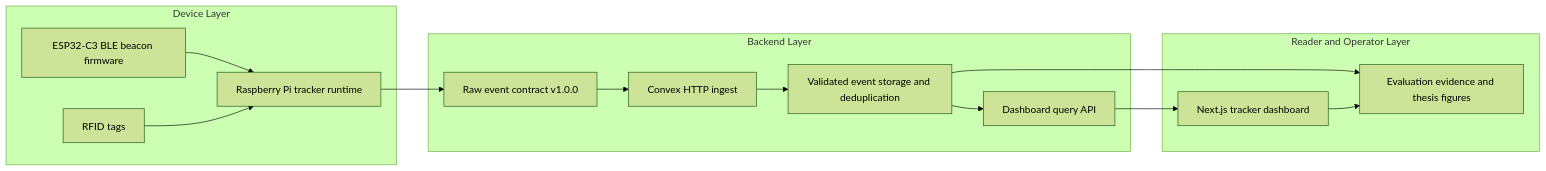
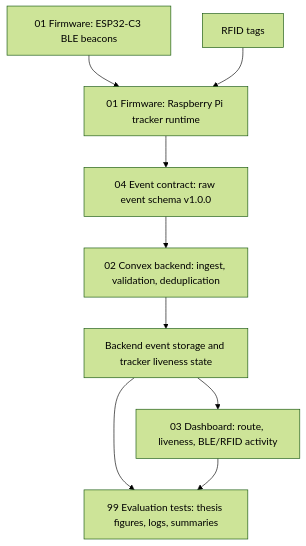
The diagram in README.md (louis-co/parcel-visibility-prototype), drawn with Mermaid (forest theme) before and after one commit.

Commit message:
make readme system overview vertical

````diff
--- a/README.md
+++ b/README.md
@@ -13,30 +13,20 @@
 ```mermaid
-flowchart LR
-  subgraph Devices["Device Layer"]
-    Beacon["ESP32-C3 BLE beacon firmware"]
-    RFID["RFID tags"]
-    Tracker["Raspberry Pi tracker runtime"]
-  end
-
-  subgraph Backend["Backend Layer"]
-    Contract["Raw event contract v1.0.0"]
-    Ingest["Convex HTTP ingest"]
-    Store["Validated event storage and deduplication"]
-    Queries["Dashboard query API"]
-  end
-
-  subgraph Interface["Reader and Operator Layer"]
-    Dashboard["Next.js tracker dashboard"]
-    Evidence["Evaluation evidence and thesis figures"]
-  end
+flowchart TD
+  Beacon["01 Firmware: ESP32-C3 BLE beacons"]
+  RFID["RFID tags"]
+  Tracker["01 Firmware: Raspberry Pi tracker runtime"]
+  Contract["04 Event contract: raw event schema v1.0.0"]
+  Backend["02 Convex backend: ingest, validation, deduplication"]
+  Store["Backend event storage and tracker liveness state"]
+  Dashboard["03 Dashboard: route, liveness, BLE/RFID activity"]
+  Evidence["99 Evaluation tests: thesis figures, logs, summaries"]
 
   Beacon --> Tracker
   RFID --> Tracker
   Tracker --> Contract
-  Contract --> Ingest
-  Ingest --> Store
-  Store --> Queries
-  Queries --> Dashboard
+  Contract --> Backend
+  Backend --> Store
+  Store --> Dashboard
   Store --> Evidence
   Dashboard --> Evidence
 ```
````
